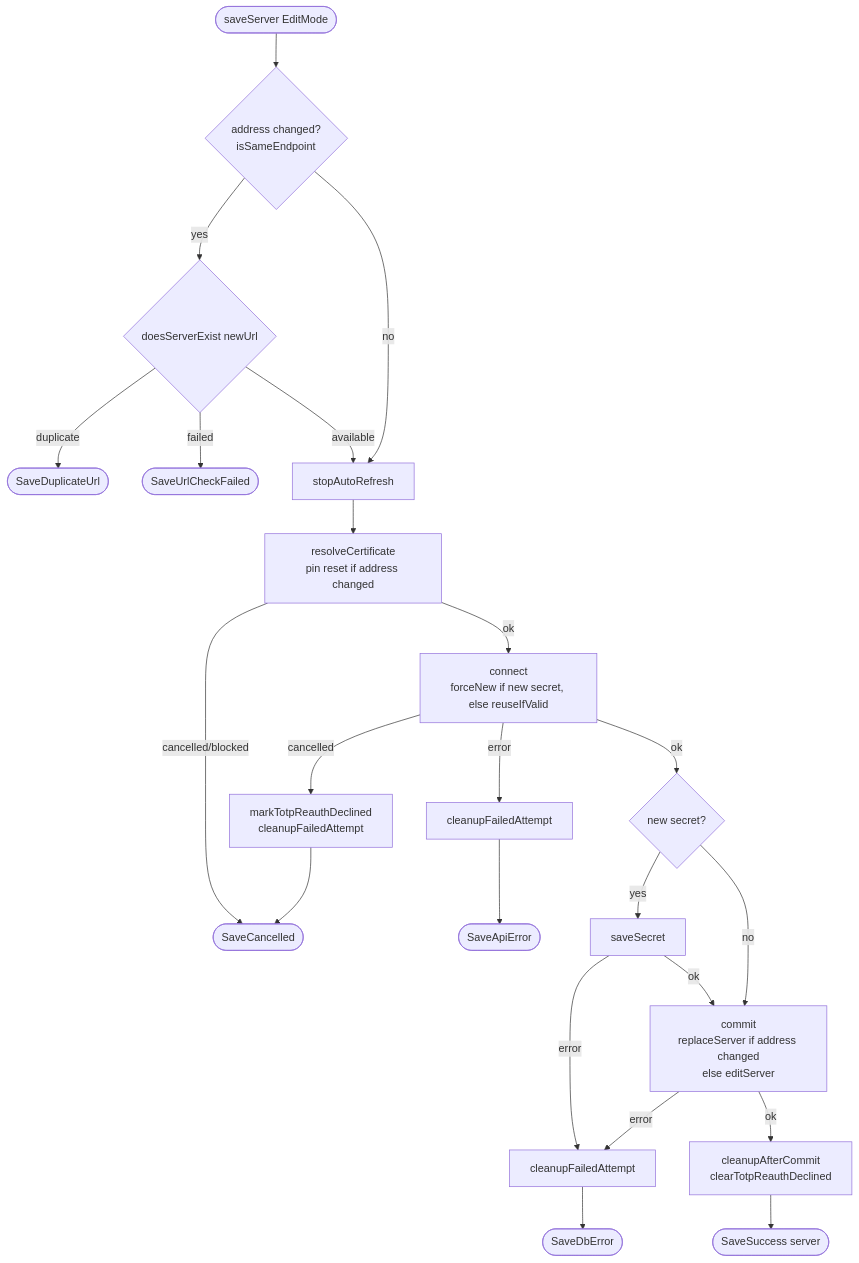
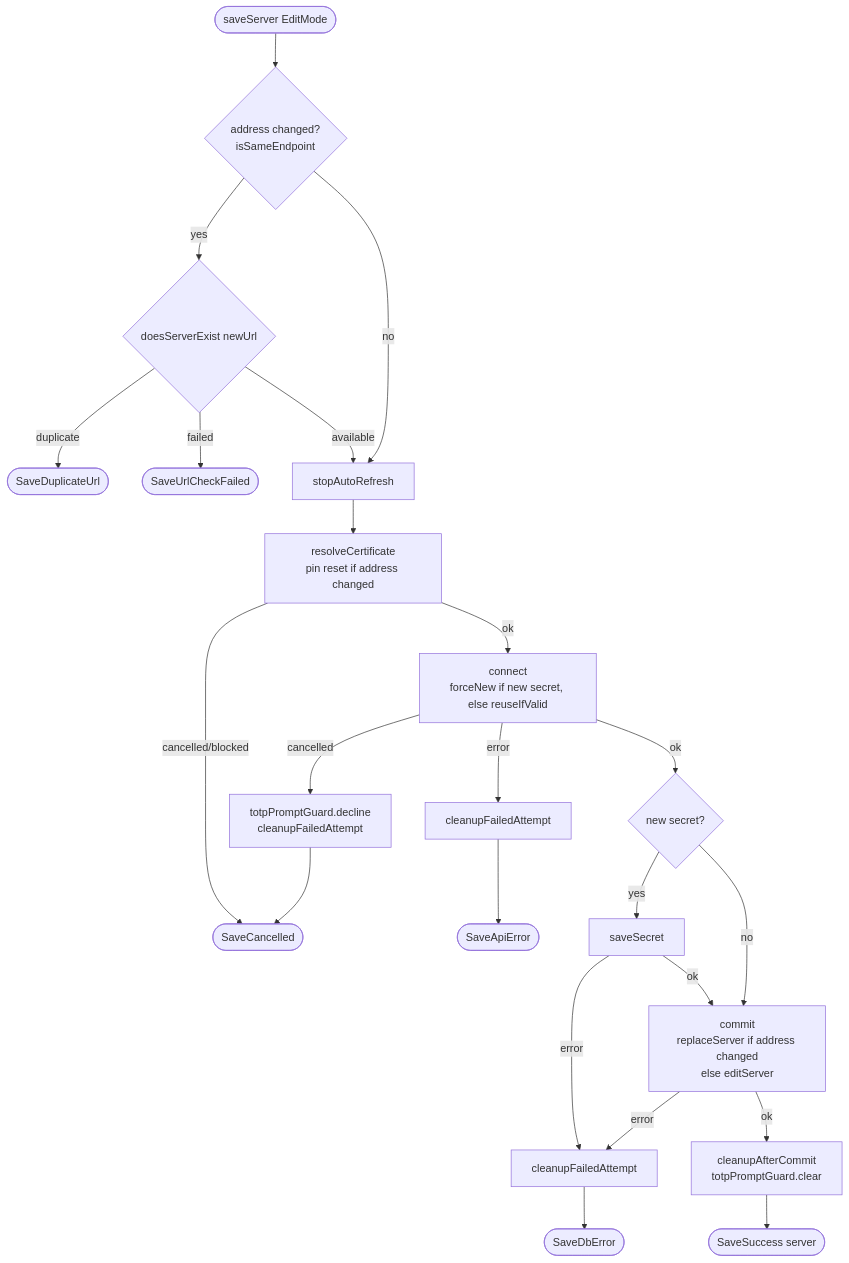
The third of 8 diagrams in docs/server-connection-flow.md (tsutsu3/pi-hole-client), drawn with Mermaid before and after one commit. The commit also changed other lines of this file and 27 other files, not shown here.

Commit message:
refactor(auth): move the 2FA declined mark into the session cache

````diff
--- a/docs/server-connection-flow.md
+++ b/docs/server-connection-flow.md
@@ -99,22 +99,22 @@
 ```mermaid
 flowchart TD
   A([saveServer EditMode]) --> B{address changed?<br/>isSameEndpoint}
   B -- yes --> C{doesServerExist newUrl}
   C -- duplicate --> CD([SaveDuplicateUrl])
   C -- failed --> CF([SaveUrlCheckFailed])
   C -- available --> E[stopAutoRefresh]
   B -- no --> E
   E --> F[resolveCertificate<br/>pin reset if address changed]
   F -- cancelled/blocked --> H([SaveCancelled])
   F -- ok --> J[connect<br/>forceNew if new secret, else reuseIfValid]
-  J -- cancelled --> JC[markTotpReauthDeclined<br/>cleanupFailedAttempt] --> H
+  J -- cancelled --> JC[totpPromptGuard.decline<br/>cleanupFailedAttempt] --> H
   J -- error --> JE[cleanupFailedAttempt] --> JA([SaveApiError])
   J -- ok --> K{new secret?}
   K -- yes --> S[saveSecret]
   K -- no --> R
   S -- error --> X[cleanupFailedAttempt] --> T([SaveDbError])
   S -- ok --> R[commit<br/>replaceServer if address changed<br/>else editServer]
   R -- error --> X
-  R -- ok --> U[cleanupAfterCommit<br/>clearTotpReauthDeclined]
+  R -- ok --> U[cleanupAfterCommit<br/>totpPromptGuard.clear]
   U --> W([SaveSuccess server])
 ```
````
